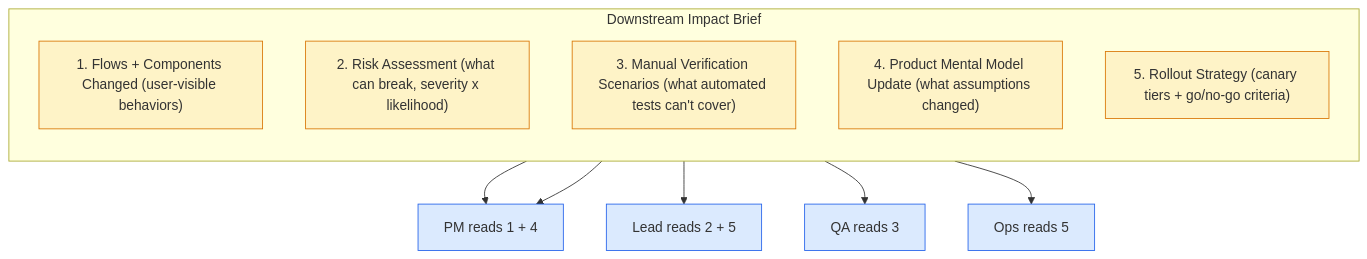
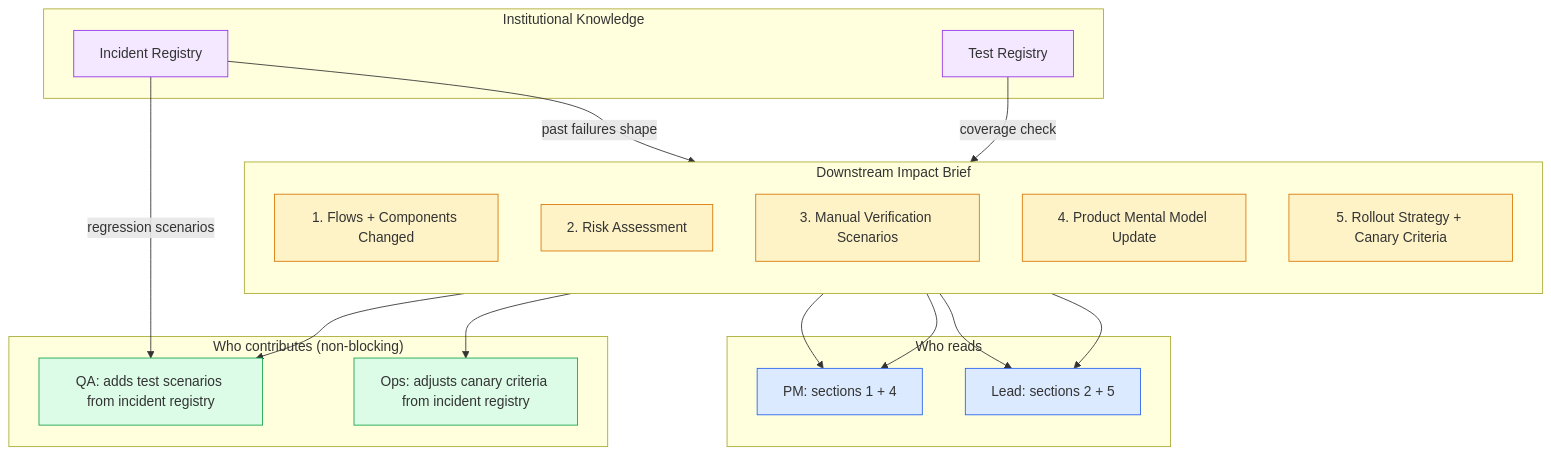
Before and after one commit to Prasad-Apparaju/hitl-dev-platform: the fourth of 5 diagrams in README.md, drawn with Mermaid. The commit also changed other lines of this file, not shown here.

Commit message:
Update pipeline + impact diagrams with registries and QA/Ops roles
Pipeline diagram:
- Added Institutional Knowledge block (Test Registry + Incident Registry)
  feeding into Design (coverage gaps, past incidents) and Assess (canary
  criteria from incidents)
- Build phase now shows TDD cycle (RED, human+QA review, GREEN, refactor)
- New tests flow back into Test Registry; new incidents flow back into
  Incident Registry
- Design phase labeled "Design + QA/Ops input"
- Assess phase gets its own color (pink)

Downstream impact diagram:
- Split consumers into Readers (PM, Lead) and Contributors (QA, Ops)
- QA contributes test scenarios FROM the incident registry (not just reads)
- Ops adjusts canary criteria FROM the incident registry (not just reads)
- Added Registries block showing how institutional knowledge feeds the brief
- Color-coded: brief (gold), readers (blue), contributors (green),
  registries (purple)

````diff
--- a/README.md
+++ b/README.md
@@ -329,22 +341,45 @@
 ```mermaid
 graph TD
     subgraph Brief["Downstream Impact Brief"]
         direction TB
-        Flows["1. Flows + Components Changed (user-visible behaviors)"]
-        Risk["2. Risk Assessment (what can break, severity x likelihood)"]
-        Test["3. Manual Verification Scenarios (what automated tests can't cover)"]
-        Mental["4. Product Mental Model Update (what assumptions changed)"]
-        Deploy["5. Rollout Strategy (canary tiers + go/no-go criteria)"]
+        Flows["1. Flows + Components Changed"]
+        Risk["2. Risk Assessment"]
+        Test["3. Manual Verification Scenarios"]
+        Mental["4. Product Mental Model Update"]
+        Deploy["5. Rollout Strategy + Canary Criteria"]
     end
 
-    Flows --> PM["PM reads 1 + 4"]
-    Risk --> Lead["Lead reads 2 + 5"]
-    Test --> QA["QA reads 3"]
-    Deploy --> Ops["Ops reads 5"]
+    subgraph Readers["Who reads"]
+        PM["PM: sections 1 + 4"]
+        Lead["Lead: sections 2 + 5"]
+    end
+
+    subgraph Contributors["Who contributes (non-blocking)"]
+        QA["QA: adds test scenarios from incident registry"]
+        Ops["Ops: adjusts canary criteria from incident registry"]
+    end
+
+    subgraph Registries["Institutional Knowledge"]
+        IR["Incident Registry"]
+        TR["Test Registry"]
+    end
+
+    Flows --> PM
     Mental --> PM
+    Risk --> Lead
+    Deploy --> Lead
+    Test --> QA
+    Deploy --> Ops
+    IR -->|"past failures shape"| Deploy
+    IR -->|"regression scenarios"| QA
+    TR -->|"coverage check"| Test
 
     classDef brief fill:#fef3c7,stroke:#d97706
-    classDef role fill:#dbeafe,stroke:#2563eb
+    classDef reader fill:#dbeafe,stroke:#2563eb
+    classDef contributor fill:#dcfce7,stroke:#16a34a
+    classDef registry fill:#f3e8ff,stroke:#9333ea
     class Flows,Risk,Test,Mental,Deploy brief
-    class PM,Lead,QA,Ops role
+    class PM,Lead reader
+    class QA,Ops contributor
+    class IR,TR registry
 ```
````
